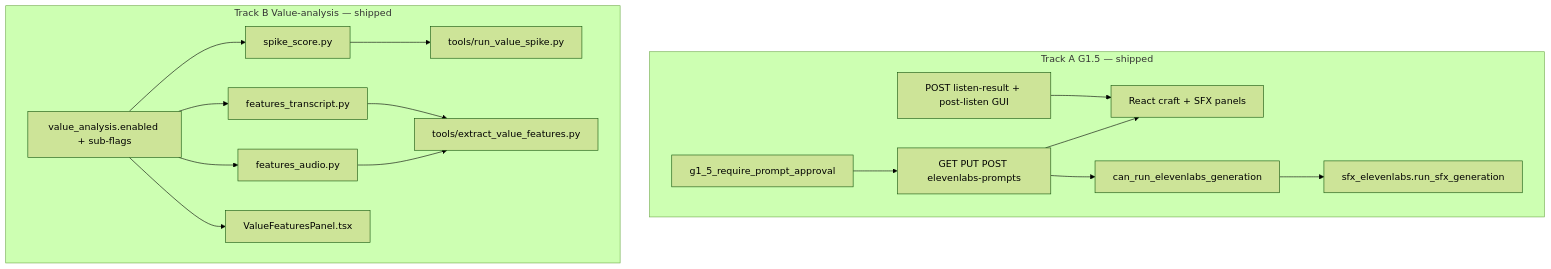
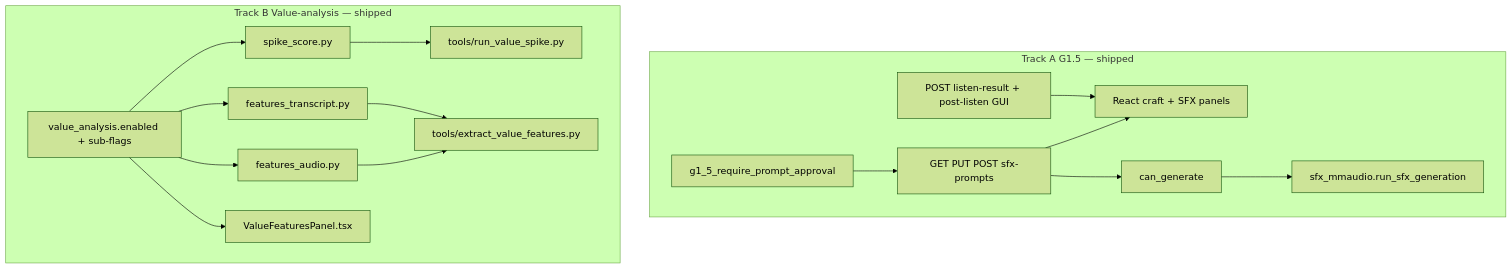
The diagram in docs/build-out/g15-and-value-analysis-execution.md (NicketUttarwar/interview_helper_mux), drawn with Mermaid (forest theme) before and after one commit. The commit also changed other lines of this file and 253 other files, not shown here.

````diff
--- a/docs/build-out/g15-and-value-analysis-execution.md
+++ b/docs/build-out/g15-and-value-analysis-execution.md
@@ -29,32 +29,32 @@
 ```mermaid
 flowchart TB
   subgraph g15 [Track A G1.5 — shipped]
     CFG1[g1_5_require_prompt_approval]
-    API[GET PUT POST elevenlabs-prompts]
+    API[GET PUT POST sfx-prompts]
     LISTEN[POST listen-result + post-listen GUI]
     GUI[React craft + SFX panels]
-    PREFLIGHT[can_run_elevenlabs_generation]
-    SFX[sfx_elevenlabs.run_sfx_generation]
+    PREFLIGHT[can_generate]
+    SFX[sfx_mmaudio.run_sfx_generation]
     CFG1 --> API
     API --> GUI
     LISTEN --> GUI
     PREFLIGHT --> SFX
     API --> PREFLIGHT
   end
   subgraph va [Track B Value-analysis — shipped]
     CFG2[value_analysis.enabled + sub-flags]
     SPIKE[spike_score.py]
     TR[features_transcript.py]
     AU[features_audio.py]
     CLI1[tools/run_value_spike.py]
     CLI2[tools/extract_value_features.py]
     PANEL[ValueFeaturesPanel.tsx]
     CFG2 --> SPIKE
     CFG2 --> TR
     CFG2 --> AU
     CFG2 --> PANEL
     SPIKE --> CLI1
     TR --> CLI2
     AU --> CLI2
   end
 ```
````
